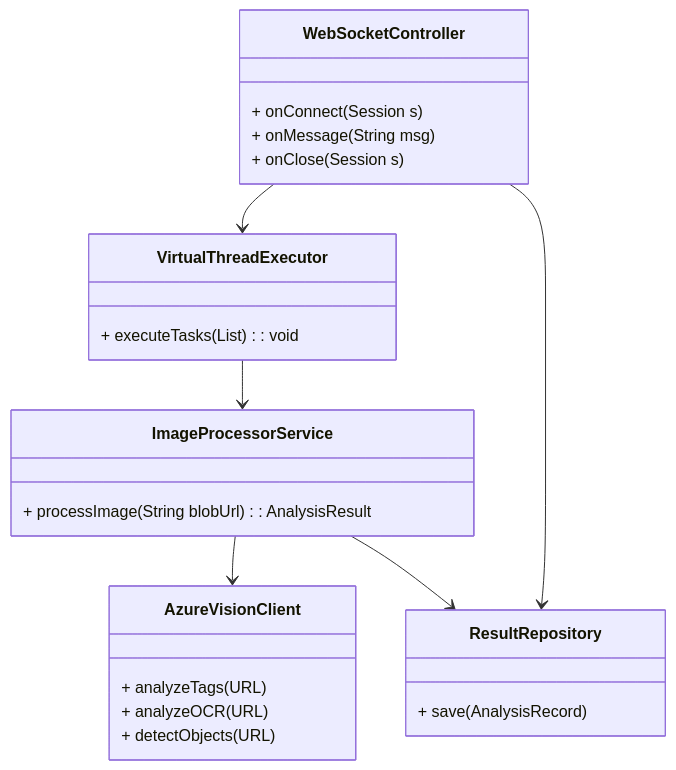
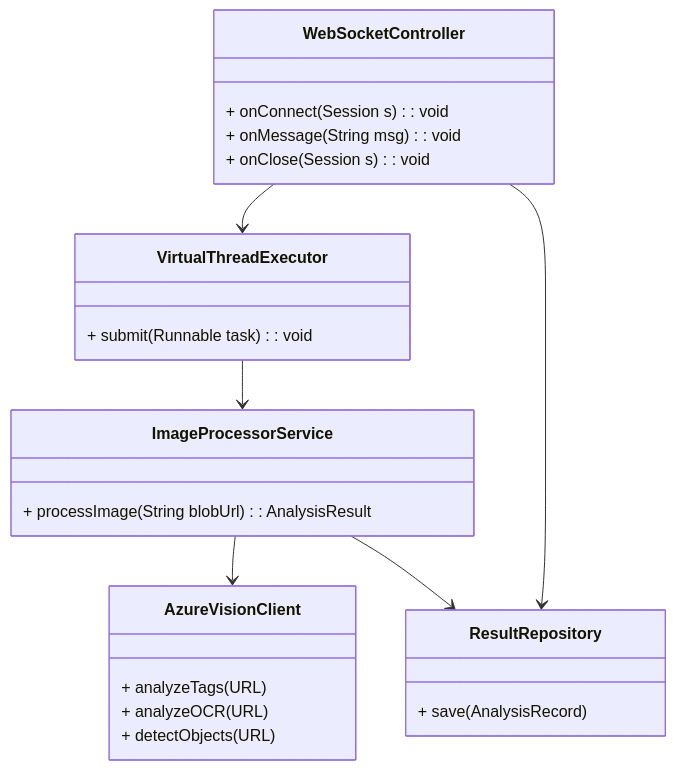
Before and after one commit to Takayuki-Isrg/Java: the second of 3 diagrams in RealTimeImageAnalysis/docs/design_overview.md, drawn with Mermaid.

Commit message:
20250706 - some fix

````diff
--- a/RealTimeImageAnalysis/docs/design_overview.md
+++ b/RealTimeImageAnalysis/docs/design_overview.md
@@ -74,27 +74,27 @@
 ```mermaid
 classDiagram
   class WebSocketController {
-    + onConnect(Session s)
-    + onMessage(String msg)
-    + onClose(Session s)
+    + onConnect(Session s): void
+    + onMessage(String msg): void
+    + onClose(Session s): void
   }
   class ImageProcessorService {
     + processImage(String blobUrl): AnalysisResult
   }
   class AzureVisionClient {
     + analyzeTags(URL)
     + analyzeOCR(URL)
     + detectObjects(URL)
   }
   class VirtualThreadExecutor {
-    + executeTasks(List<Runnable>): void
+    + submit(Runnable task): void
   }
   class ResultRepository {
     + save(AnalysisRecord)
   }
   WebSocketController --> VirtualThreadExecutor
   WebSocketController --> ResultRepository
   VirtualThreadExecutor --> ImageProcessorService
   ImageProcessorService --> AzureVisionClient
   ImageProcessorService --> ResultRepository
 ```
````
